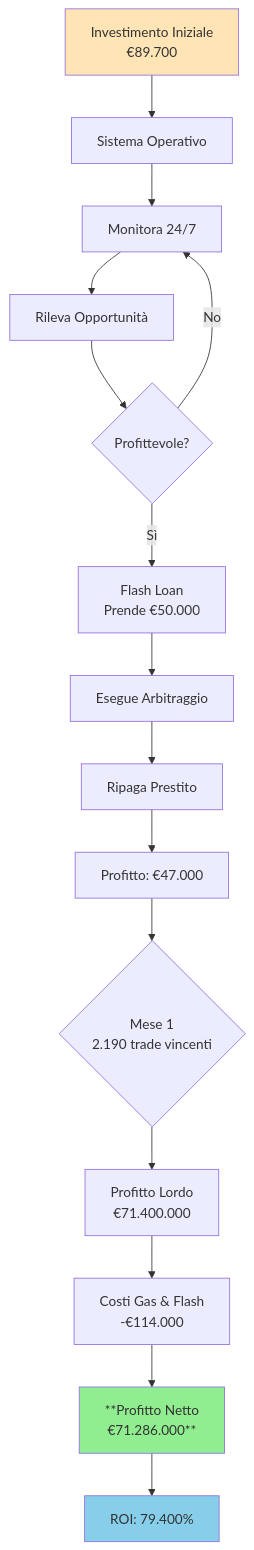
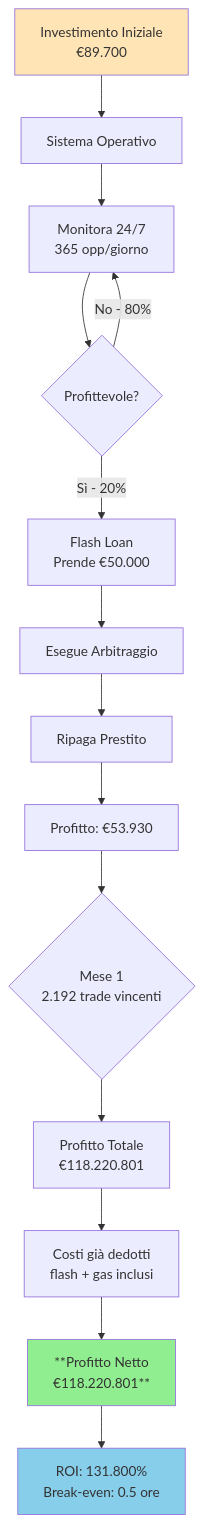
The second of 8 diagrams in PROPOSTA_ESECUTIVA_ARBITRAGGIO_BSC.md (AIgen-Solutions-s-r-l/bsc), drawn with Mermaid before and after one commit. The commit also changed other lines of this file, not shown here.

First line of the commit message:
fix: correggi calcoli ROI e profitti con matematica accurata

````diff
--- a/PROPOSTA_ESECUTIVA_ARBITRAGGIO_BSC.md
+++ b/PROPOSTA_ESECUTIVA_ARBITRAGGIO_BSC.md
@@ -168,26 +169,25 @@
 ```mermaid
 graph TD
     A[Investimento Iniziale<br/>€89.700] --> B[Sistema Operativo]
-    B --> C[Monitora 24/7]
-    C --> D[Rileva Opportunità]
-    D --> E{Profittevole?}
+    B --> C[Monitora 24/7<br/>365 opp/giorno]
+    C --> D{Profittevole?}
 
-    E -->|No| C
-    E -->|Sì| F[Flash Loan<br/>Prende €50.000]
+    D -->|Sì - 20%| F[Flash Loan<br/>Prende €50.000]
+    D -->|No - 80%| C
 
     F --> G[Esegue Arbitraggio]
     G --> H[Ripaga Prestito]
-    H --> I[Profitto: €47.000]
+    H --> I[Profitto: €53.930]
 
-    I --> J{Mese 1<br/>2.190 trade vincenti}
-    J --> K[Profitto Lordo<br/>€71.400.000]
+    I --> J{Mese 1<br/>2.192 trade vincenti}
+    J --> K[Profitto Totale<br/>€118.220.801]
 
-    K --> L[Costi Gas & Flash<br/>-€114.000]
-    L --> M[**Profitto Netto<br/>€71.286.000**]
+    K --> L[Costi già dedotti<br/>flash + gas inclusi]
+    L --> M[**Profitto Netto<br/>€118.220.801**]
 
-    M --> N[ROI: 79.400%]
+    M --> N[ROI: 131.800%<br/>Break-even: 0.5 ore]
 
     style A fill:#FFE4B5
     style M fill:#90EE90
     style N fill:#87CEEB
 ```
````
